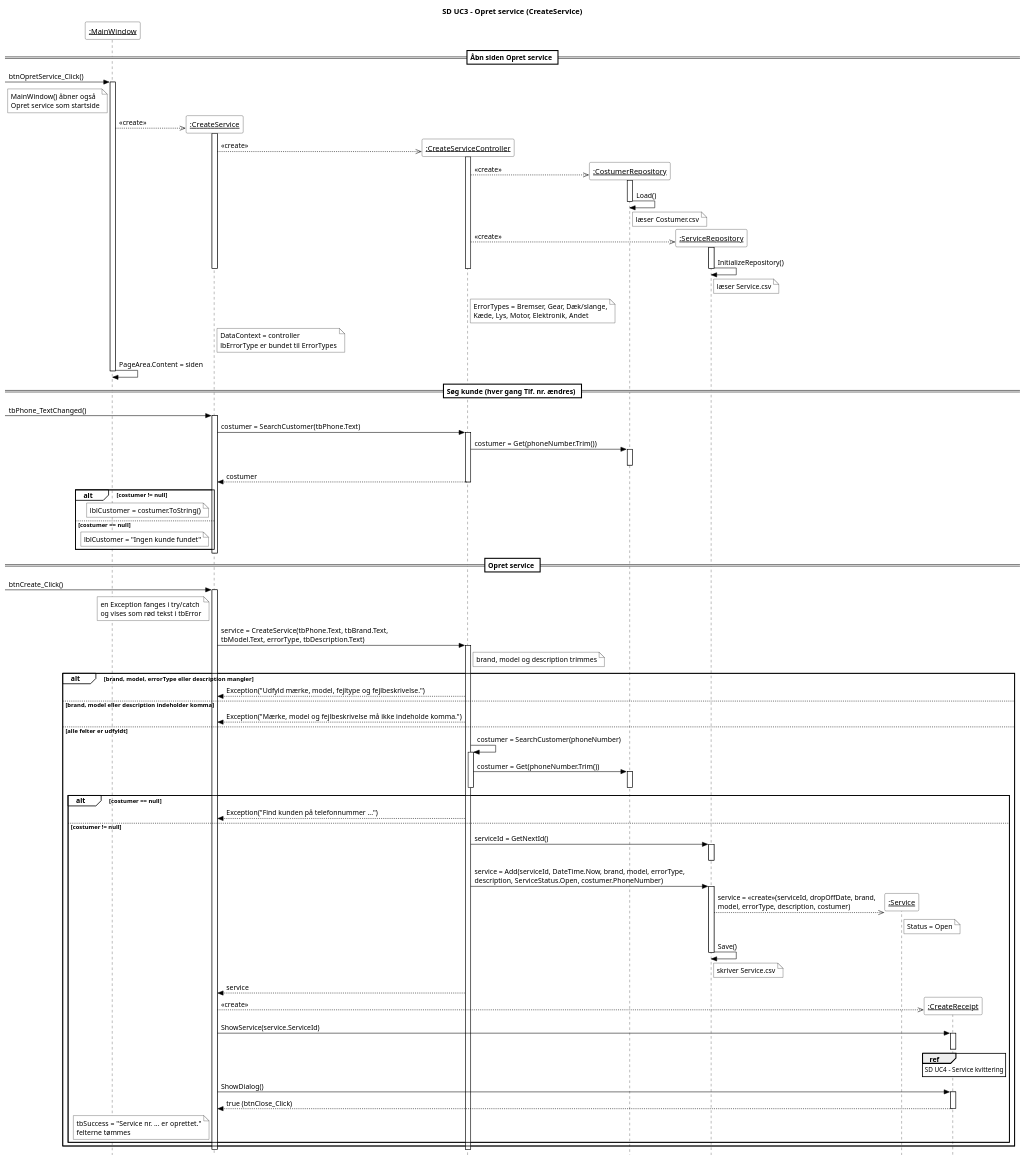
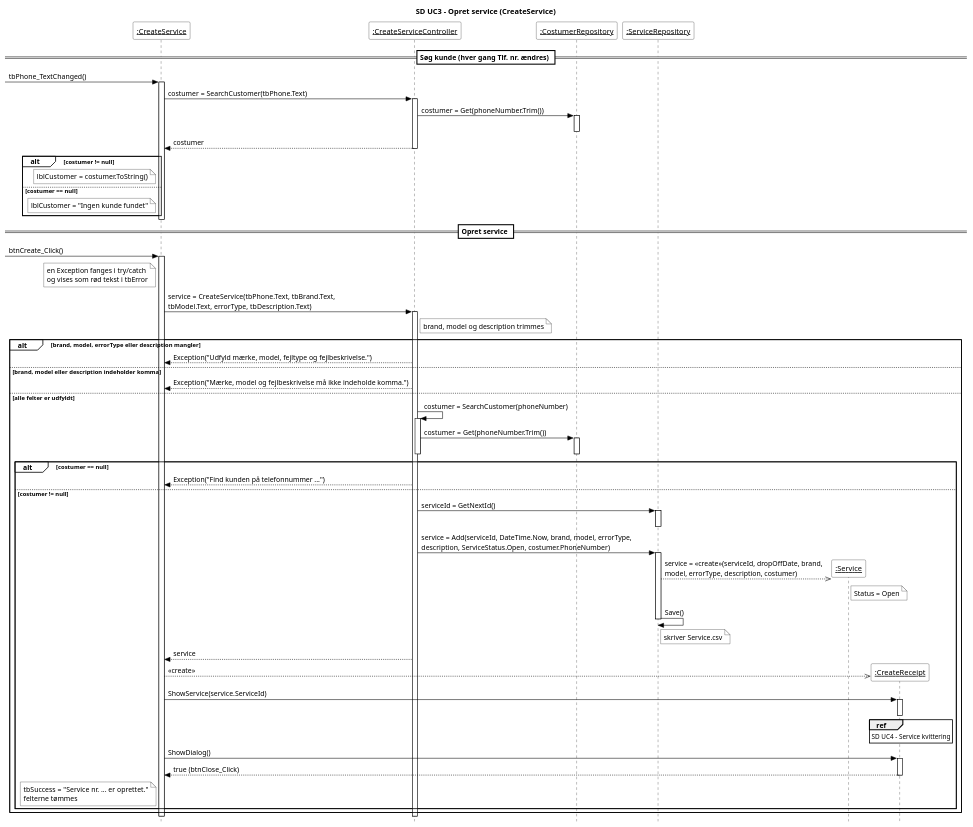
Before and after one commit to Zoabz/Getting-Real: the diagram in 6. Sekvens Diagrammer/Sprint 1/UC3_opret_service.puml, drawn with PlantUML. The commit also changed 8 other files, not shown here.

```diff
--- a/6. Sekvens Diagrammer/Sprint 1/UC3_opret_service.puml
+++ b/6. Sekvens Diagrammer/Sprint 1/UC3_opret_service.puml
@@ -1,146 +1,110 @@
 @startuml
 ' SD i samme stil som undervisningens SD for RegisterGuest (Pr20)
 ' Opdateret ud fra siden Opret service i WPF-programmet (Views/CreateService)
 skinparam style strictuml
 skinparam ParticipantBackgroundColor white
 skinparam ParticipantBorderColor black
 skinparam ArrowColor black
 skinparam SequenceLifeLineBorderColor black
 skinparam SequenceGroupBackgroundColor white
 skinparam SequenceGroupBorderColor black
 skinparam SequenceDividerBackgroundColor white
 skinparam SequenceDividerBorderColor black
 skinparam SequenceReferenceBackgroundColor white
 skinparam SequenceReferenceBorderColor black
 skinparam NoteBackgroundColor white
 skinparam NoteBorderColor black
 skinparam ActivationBackgroundColor white
 skinparam shadowing false
 skinparam sequenceParticipant underline
 skinparam defaultFontName Arial
 hide footbox
 title SD UC3 - Opret service (CreateService)
 
-participant ":MainWindow" as MW
-
-== Åbn siden Opret service ==
-[-> MW : btnOpretService_Click()
-activate MW
-note left of MW : MainWindow() åbner også\nOpret service som startside
-
-create participant ":CreateService" as V
-MW -->> V : «create»
-activate V
-
-create participant ":CreateServiceController" as C
-V -->> C : «create»
-activate C
-
-create participant ":CostumerRepository" as KR
-C -->> KR : «create»
-activate KR
-KR -> KR : Load()
-note right of KR : læser Costumer.csv
-deactivate KR
-
-create participant ":ServiceRepository" as SR
-C -->> SR : «create»
-activate SR
-SR -> SR : InitializeRepository()
-note right of SR : læser Service.csv
-deactivate SR
-
-note right of C : ErrorTypes = Bremser, Gear, Dæk/slange,\nKæde, Lys, Motor, Elektronik, Andet
-deactivate C
-
-note right of V
-  DataContext = controller
-  lbErrorType er bundet til ErrorTypes
-end note
-deactivate V
-
-MW -> MW : PageArea.Content = siden
-deactivate MW
+participant ":CreateService" as V
+participant ":CreateServiceController" as C
+participant ":CostumerRepository" as KR
+participant ":ServiceRepository" as SR
 
 == Søg kunde (hver gang Tlf. nr. ændres) ==
 [-> V : tbPhone_TextChanged()
 activate V
 V -> C : costumer = SearchCustomer(tbPhone.Text)
 activate C
 C -> KR : costumer = Get(phoneNumber.Trim())
 activate KR
 deactivate KR
 V <-- C : costumer
 deactivate C
 
 alt costumer != null
     note left of V : lblCustomer = costumer.ToString()
 else costumer == null
     note left of V : lblCustomer = "Ingen kunde fundet"
 end
 deactivate V
 
 == Opret service ==
 [-> V : btnCreate_Click()
 activate V
 note left of V : en Exception fanges i try/catch\nog vises som rød tekst i tbError
 
 V -> C : service = CreateService(tbPhone.Text, tbBrand.Text,\ntbModel.Text, errorType, tbDescription.Text)
 activate C
 note right of C : brand, model og description trimmes
 
 alt brand, model, errorType eller description mangler
     V <-- C : Exception("Udfyld mærke, model, fejltype og fejlbeskrivelse.")
 
 else brand, model eller description indeholder komma
     V <-- C : Exception("Mærke, model og fejlbeskrivelse må ikke indeholde komma.")
 
 else alle felter er udfyldt
     C -> C : costumer = SearchCustomer(phoneNumber)
     activate C
     C -> KR : costumer = Get(phoneNumber.Trim())
     activate KR
     deactivate KR
     deactivate C
 
     alt costumer == null
         V <-- C : Exception("Find kunden på telefonnummer ...")
 
     else costumer != null
         C -> SR : serviceId = GetNextId()
         activate SR
         deactivate SR
 
         C -> SR : service = Add(serviceId, DateTime.Now, brand, model, errorType,\ndescription, ServiceStatus.Open, costumer.PhoneNumber)
         activate SR
         create participant ":Service" as S
         SR -->> S : service = «create»(serviceId, dropOffDate, brand,\nmodel, errorType, description, costumer)
         note right of S : Status = Open
         SR -> SR : Save()
         note right of SR : skriver Service.csv
         deactivate SR
 
         V <-- C : service
 
         create participant ":CreateReceipt" as D
         V -->> D : «create»
         V -> D : ShowService(service.ServiceId)
         activate D
         ref over D : SD UC4 - Service kvittering
         deactivate D
 
         V -> D : ShowDialog()
         activate D
         V <-- D : true (btnClose_Click)
         deactivate D
 
         note left of V
           tbSuccess = "Service nr. ... er oprettet."
           felterne tømmes
         end note
     end
 end
 deactivate C
 deactivate V
 
 @enduml
```
